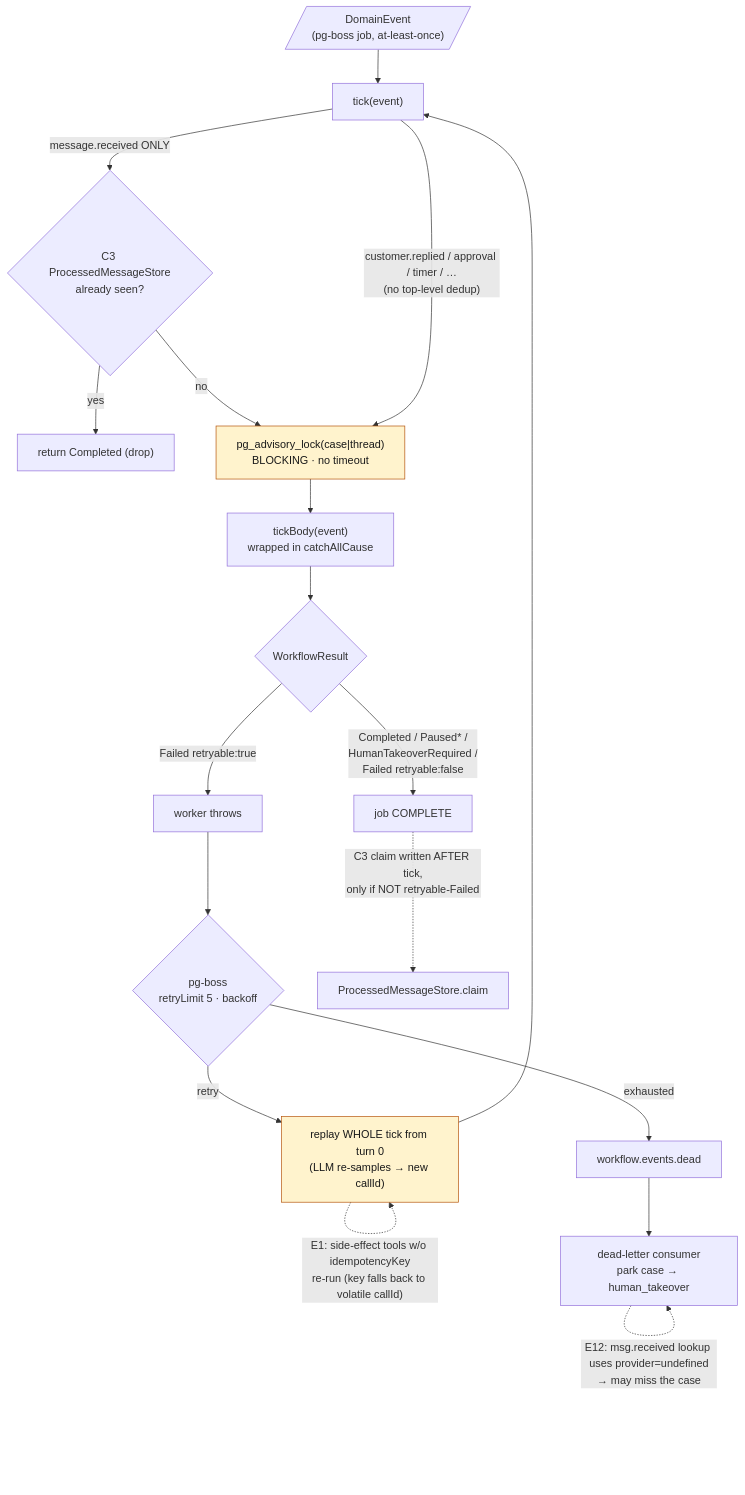
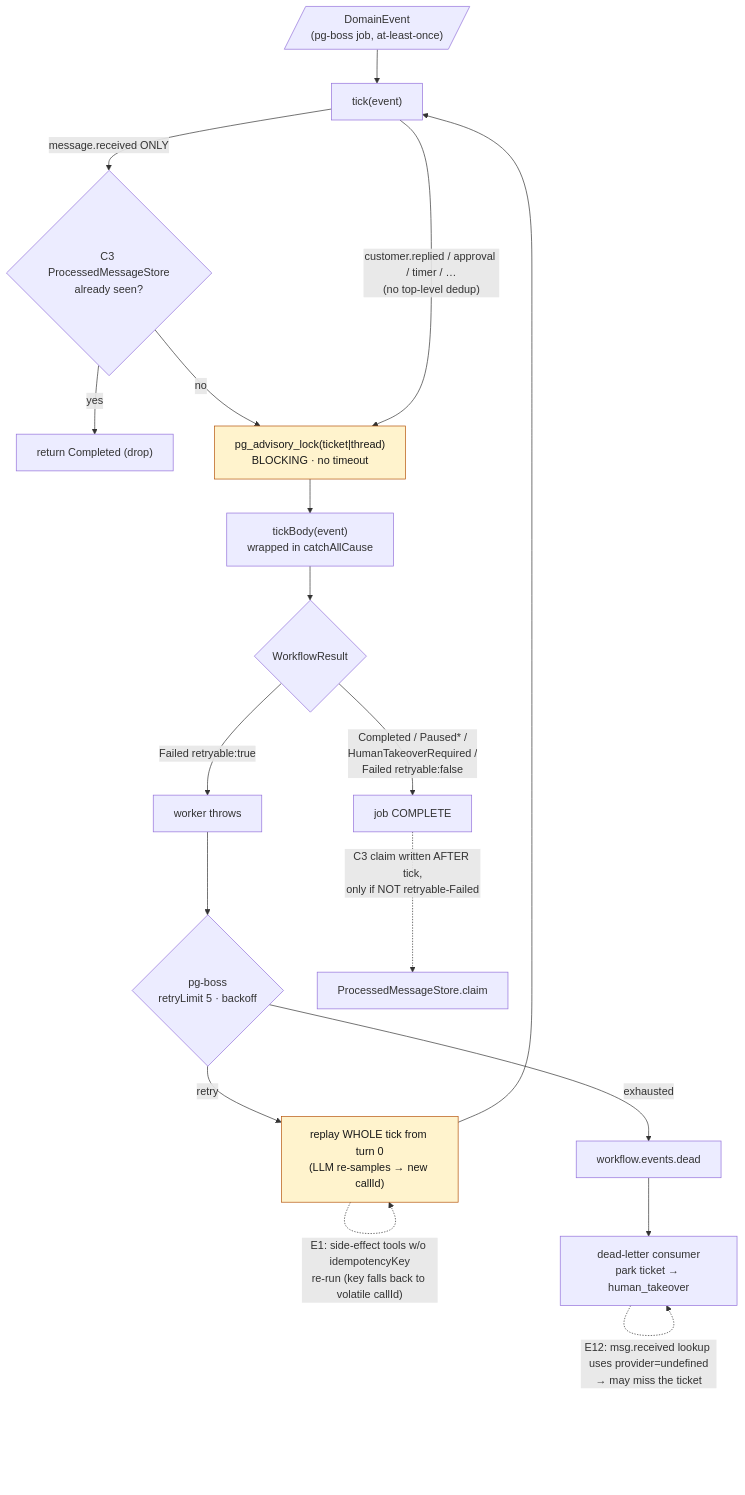
The first of 5 diagrams in docs/agent-runtime-analysis.md (anasnaciri/support-agent), drawn with Mermaid before and after one commit. The commit also changed other lines of this file and 563 other files, not shown here.

````diff
--- a/docs/agent-runtime-analysis.md
+++ b/docs/agent-runtime-analysis.md
@@ -28,28 +28,28 @@
 ```mermaid
 flowchart TD
     EV[/"DomainEvent<br/>(pg-boss job, at-least-once)"/] --> TICK["tick(event)"]
 
     TICK -->|"message.received ONLY"| C3{"C3 ProcessedMessageStore<br/>already seen?"}
     C3 -->|yes| DROP["return Completed (drop)"]
     C3 -->|no| LOCK
     TICK -->|"customer.replied / approval / timer / …<br/>(no top-level dedup)"| LOCK
 
-    LOCK["pg_advisory_lock(case|thread)<br/>BLOCKING · no timeout"]:::warn --> BODY["tickBody(event)<br/>wrapped in catchAllCause"]
+    LOCK["pg_advisory_lock(ticket|thread)<br/>BLOCKING · no timeout"]:::warn --> BODY["tickBody(event)<br/>wrapped in catchAllCause"]
     BODY --> RES{"WorkflowResult"}
 
     RES -->|"Failed retryable:true"| THROW["worker throws"]
     RES -->|"Completed / Paused* /<br/>HumanTakeoverRequired /<br/>Failed retryable:false"| DONE["job COMPLETE"]
 
     THROW --> PGB{"pg-boss<br/>retryLimit 5 · backoff"}
     PGB -->|retry| REPLAY["replay WHOLE tick from turn 0<br/>(LLM re-samples → new callId)"]:::warn
     REPLAY --> TICK
     PGB -->|exhausted| DL["workflow.events.dead"]
-    DL --> DLC["dead-letter consumer<br/>park case → human_takeover"]
+    DL --> DLC["dead-letter consumer<br/>park ticket → human_takeover"]
 
     DONE -.->|"C3 claim written AFTER tick,<br/>only if NOT retryable-Failed"| C3CLAIM["ProcessedMessageStore.claim"]
 
     REPLAY -. "E1: side-effect tools w/o idempotencyKey<br/>re-run (key falls back to volatile callId)" .-> REPLAY
-    DLC -. "E12: msg.received lookup uses provider=undefined<br/>→ may miss the case" .-> DLC
+    DLC -. "E12: msg.received lookup uses provider=undefined<br/>→ may miss the ticket" .-> DLC
 
     classDef warn fill:#fff3cd,stroke:#b45309,color:#191919;
 ```
````
